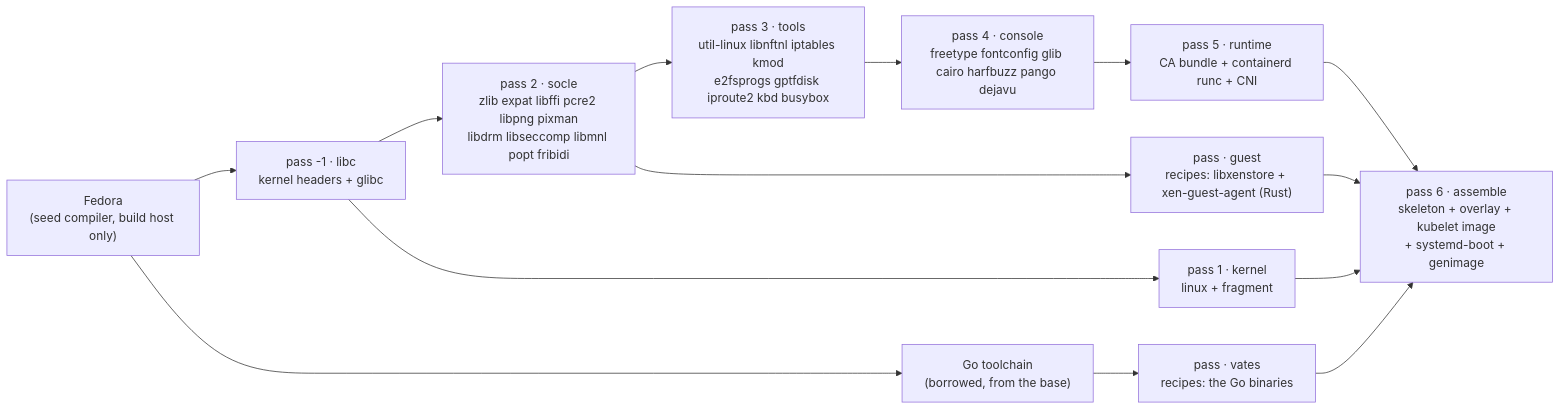
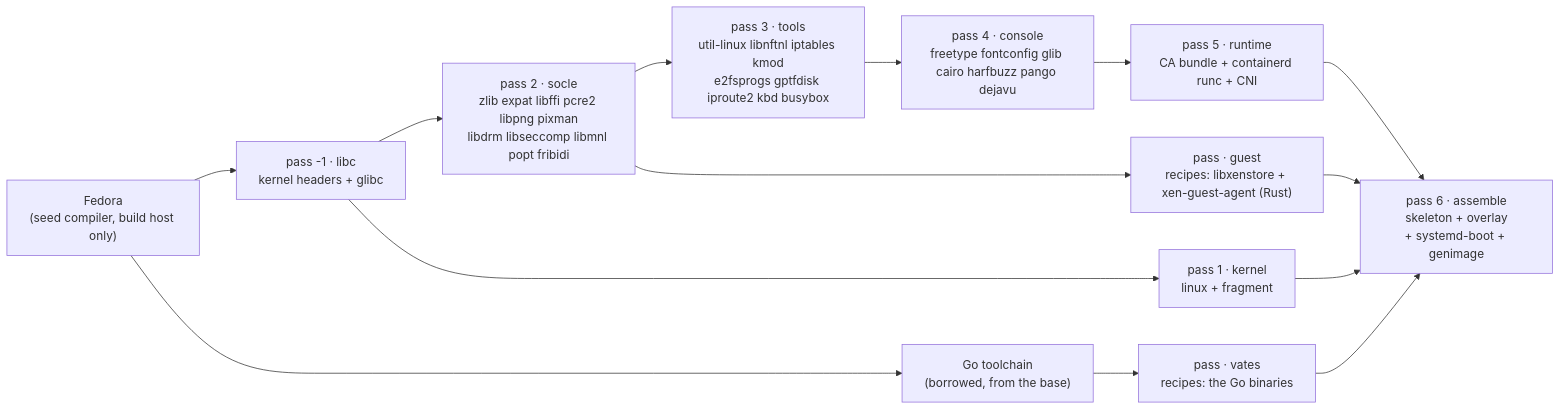
Before and after one commit to littlejo/vates-kube-os: the diagram in docs/BUILD.md, drawn with Mermaid. The commit also changed 22 other files, not shown here.

````diff
--- a/docs/BUILD.md
+++ b/docs/BUILD.md
@@ -39,19 +39,19 @@
 ```mermaid
 flowchart LR
     base["Fedora<br/>(seed compiler, build host only)"]
     libc["pass -1 · libc<br/>kernel headers + glibc"]
     socle["pass 2 · socle<br/>zlib expat libffi pcre2 libpng pixman<br/>libdrm libseccomp libmnl popt fribidi"]
     tools["pass 3 · tools<br/>util-linux libnftnl iptables kmod<br/>e2fsprogs gptfdisk iproute2 kbd busybox"]
     console["pass 4 · console<br/>freetype fontconfig glib cairo harfbuzz pango dejavu"]
     kernel["pass 1 · kernel<br/>linux + fragment"]
     runtime["pass 5 · runtime<br/>CA bundle + containerd runc + CNI"]
     gobase["Go toolchain<br/>(borrowed, from the base)"]
     vates["pass · vates<br/>recipes: the Go binaries"]
     guest["pass · guest<br/>recipes: libxenstore + xen-guest-agent (Rust)"]
-    disk["pass 6 · assemble<br/>skeleton + overlay + kubelet image<br/>+ systemd-boot + genimage"]
+    disk["pass 6 · assemble<br/>skeleton + overlay<br/>+ systemd-boot + genimage"]
 
     base --> libc --> socle --> tools --> console --> runtime --> disk
     libc --> kernel --> disk
     base --> gobase --> vates --> disk
     socle --> guest --> disk
 ```
````
